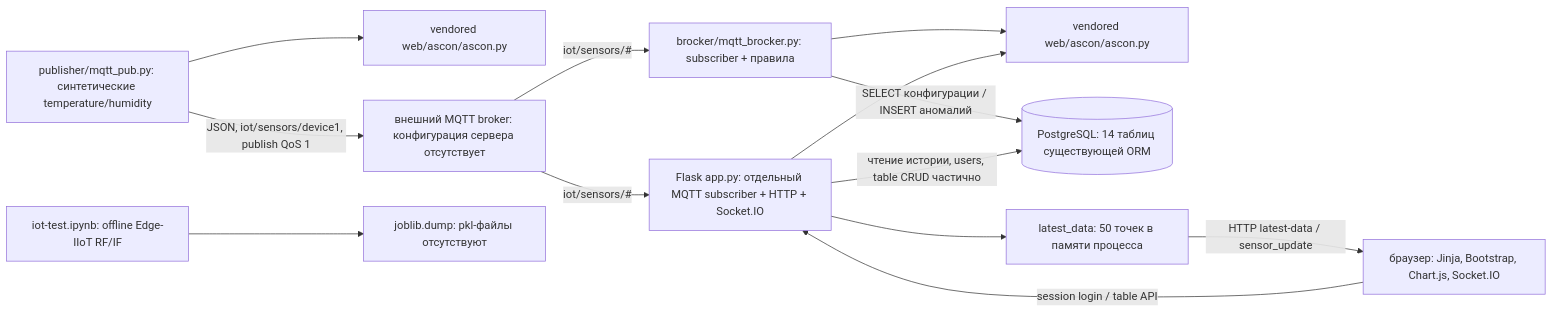
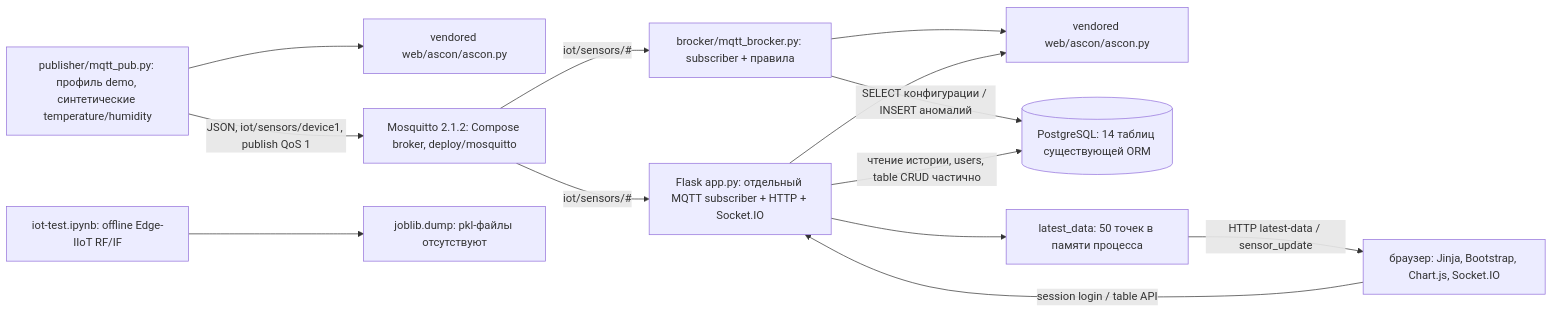
One commit to OneBumBot/Light-Crypto-Manager changed the diagram in docs/CURRENT_ARCHITECTURE.md. Above: the diagram before and after it, drawn with Mermaid. The commit also changed other lines of this file and 16 other files, not shown here.

Commit message:
build: add local Mosquitto and component compose services

````diff
--- a/docs/CURRENT_ARCHITECTURE.md
+++ b/docs/CURRENT_ARCHITECTURE.md
@@ -7,26 +7,26 @@
 ```mermaid
 flowchart LR
-    P["publisher/mqtt_pub.py: синтетические temperature/humidity"]
+    P["publisher/mqtt_pub.py: профиль demo, синтетические temperature/humidity"]
     E["vendored web/ascon/ascon.py"]
-    B["внешний MQTT broker: конфигурация сервера отсутствует"]
+    B["Mosquitto 2.1.2: Compose broker, deploy/mosquitto"]
     R["brocker/mqtt_brocker.py: subscriber + правила"]
     A["vendored web/ascon/ascon.py"]
     D[("PostgreSQL: 14 таблиц существующей ORM")]
     W["Flask app.py: отдельный MQTT subscriber + HTTP + Socket.IO"]
     M["latest_data: 50 точек в памяти процесса"]
     U["браузер: Jinja, Bootstrap, Chart.js, Socket.IO"]
     N["iot-test.ipynb: offline Edge-IIoT RF/IF"]
     F["joblib.dump: pkl-файлы отсутствуют"]
     P --> E
     P -->|"JSON, iot/sensors/device1, publish QoS 1"| B
     B -->|"iot/sensors/#"| R
     B -->|"iot/sensors/#"| W
     R --> A
     W --> A
     R -->|"SELECT конфигурации / INSERT аномалий"| D
     W -->|"чтение истории, users, table CRUD частично"| D
     W --> M
     M -->|"HTTP latest-data / sensor_update"| U
     U -->|"session login / table API"| W
     N --> F
 ```
````
